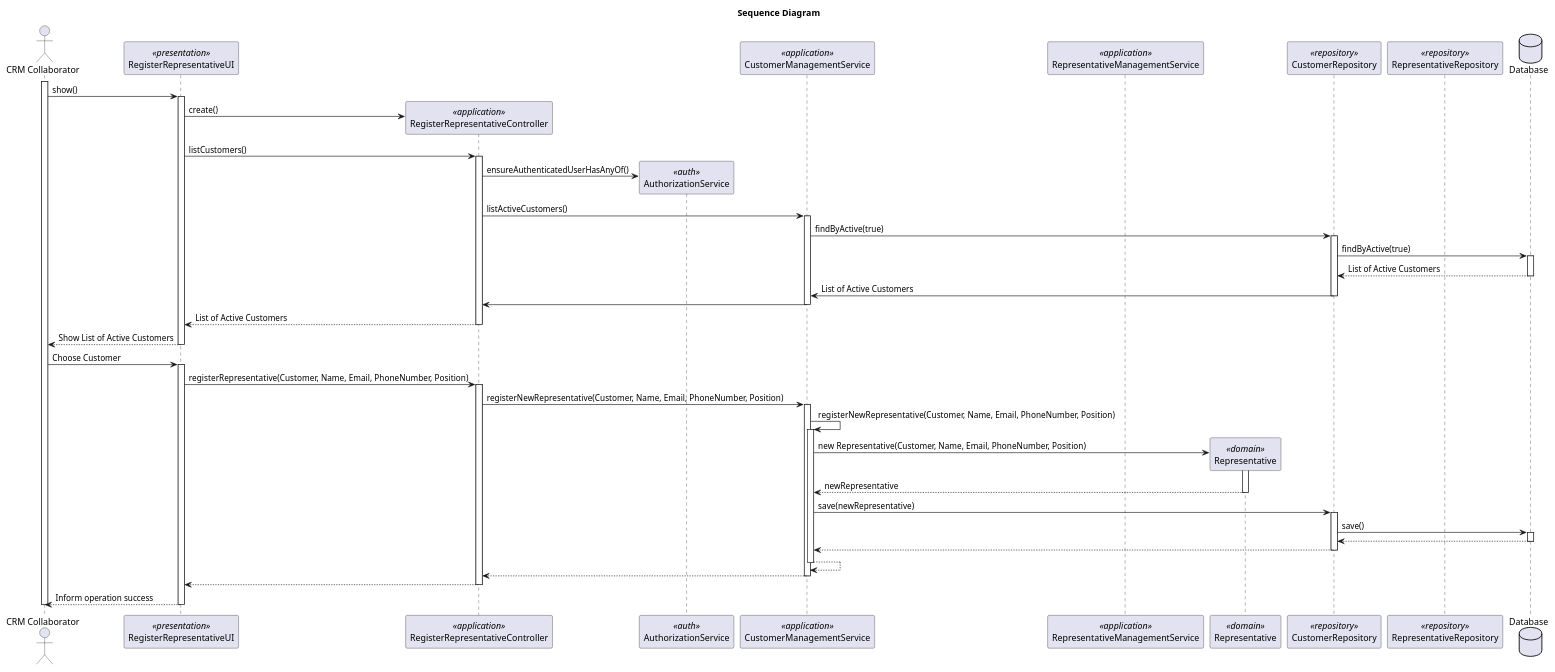
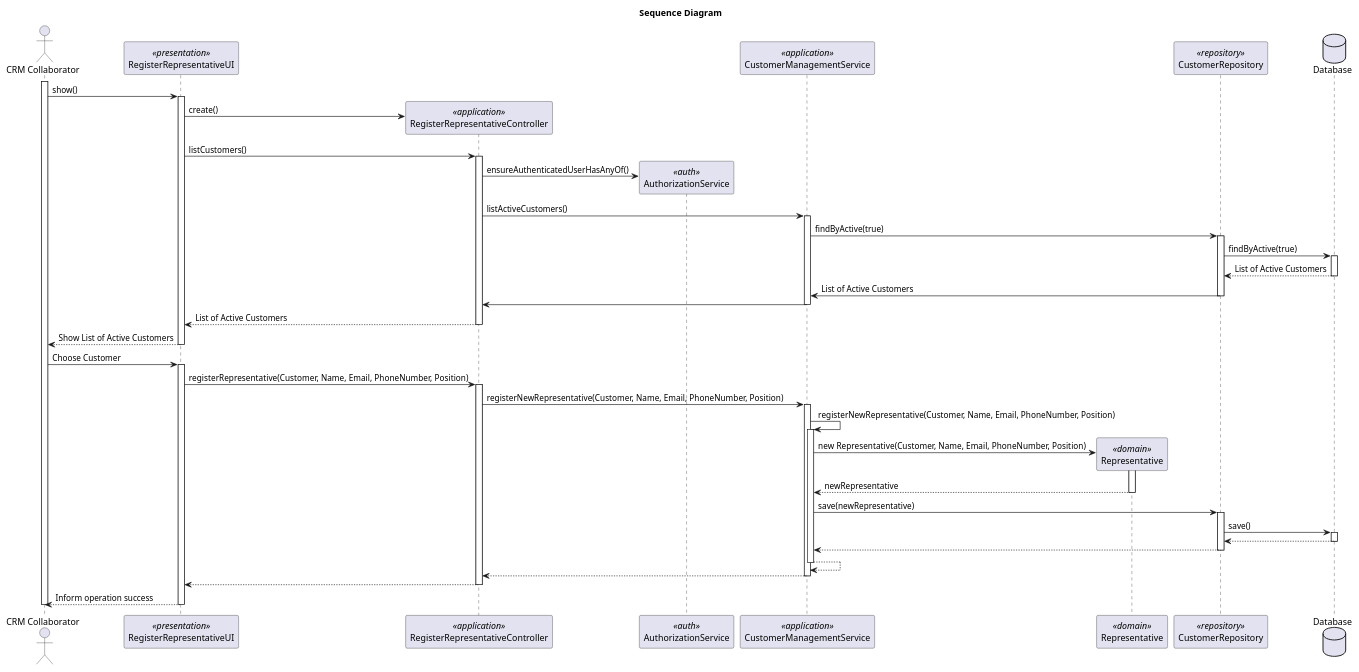
One commit to rubenFreitas1/ISEP-LAPR4-2024-2025 changed the diagram in docs/Sprint2/us_221/diagrams/sequence-diagram-US221.puml. Above: the diagram before and after it, drawn with PlantUML. The commit also changed 1 other file, not shown here.

```diff
--- a/docs/Sprint2/us_221/diagrams/sequence-diagram-US221.puml
+++ b/docs/Sprint2/us_221/diagrams/sequence-diagram-US221.puml
@@ -1,99 +1,95 @@
 @startuml
 title Sequence Diagram
 
 actor "CRM Collaborator" as Actor
 participant "RegisterRepresentativeUI" as UI <<presentation>>
 participant "RegisterRepresentativeController" as Controller <<application>>
 participant "AuthorizationService" as AuthorizationService <<auth>>
 participant "CustomerManagementService" as CustomerManagementService <<application>>
-participant "RepresentativeManagementService" as RepresentativeManagementService <<application>>
 participant "Representative" as Representative <<domain>>
 participant "CustomerRepository" as CustomerRepository <<repository>>
-participant "RepresentativeRepository" as RepresentativeRepository <<repository>>
 
 database "Database" as Database
 
 activate Actor
 
 Actor -> UI: show()
     activate UI
 
 UI -> Controller** : create()
 
 
 
 
 UI -> Controller: listCustomers()
     activate Controller
 
         Controller -> AuthorizationService** : ensureAuthenticatedUserHasAnyOf()
 
         Controller -> CustomerManagementService: listActiveCustomers()
             activate CustomerManagementService
 
                 CustomerManagementService -> CustomerRepository : findByActive(true)
                 activate CustomerRepository
 
                     CustomerRepository -> Database:  findByActive(true)
                     activate Database
 
                         Database --> CustomerRepository: List of Active Customers
                     deactivate Database
                     CustomerRepository -> CustomerManagementService: List of Active Customers
                 deactivate CustomerRepository
                 CustomerManagementService ->Controller
             deactivate CustomerManagementService
-
-            deactivate RepresentativeManagementService
 
         Controller --> UI: List of Active Customers
     deactivate Controller
 
 UI --> Actor: Show List of Active Customers
 deactivate UI
 
 Actor -> UI: Choose Customer
 
 
     activate UI
 
         UI -> Controller : registerRepresentative(Customer, Name, Email, PhoneNumber, Position)
             activate Controller
 
                 Controller -> CustomerManagementService : registerNewRepresentative(Customer, Name, Email, PhoneNumber, Position)
                 activate CustomerManagementService
 
                     CustomerManagementService -> CustomerManagementService: registerNewRepresentative(Customer, Name, Email, PhoneNumber, Position)
                     Activate CustomerManagementService
 
                     CustomerManagementService -> Representative** : new Representative(Customer, Name, Email, PhoneNumber, Position)
                                 activate Representative
 
                                    Representative --> CustomerManagementService : newRepresentative
                                 deactivate Representative
 
                     CustomerManagementService -> CustomerRepository : save(newRepresentative)
 
                     activate CustomerRepository
 
                              CustomerRepository -> Database : save()
                              activate Database
 
                                 Database --> CustomerRepository
                              deactivate Database
 
                              CustomerRepository --> CustomerManagementService
                     deactivate CustomerRepository
                     CustomerManagementService --> CustomerManagementService
                     deactivate CustomerManagementService
 
                     CustomerManagementService --> Controller
                 deactivate CustomerManagementService
 
                 Controller --> UI
             deactivate Controller
         UI --> Actor : Inform operation success
         deactivate UI
 deactivate Actor
 
 @enduml
```
